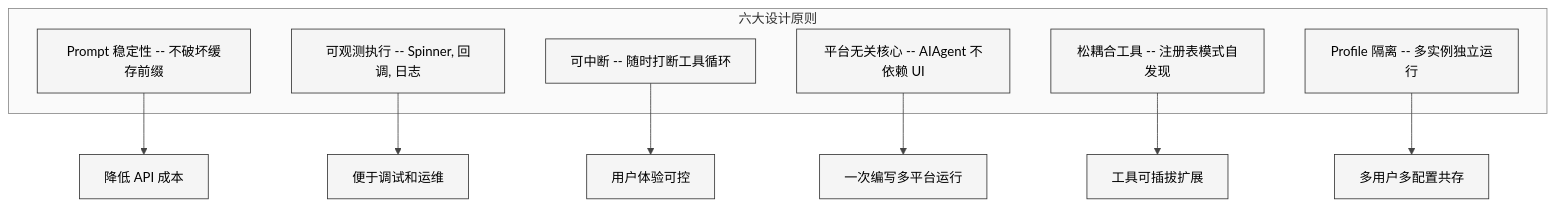
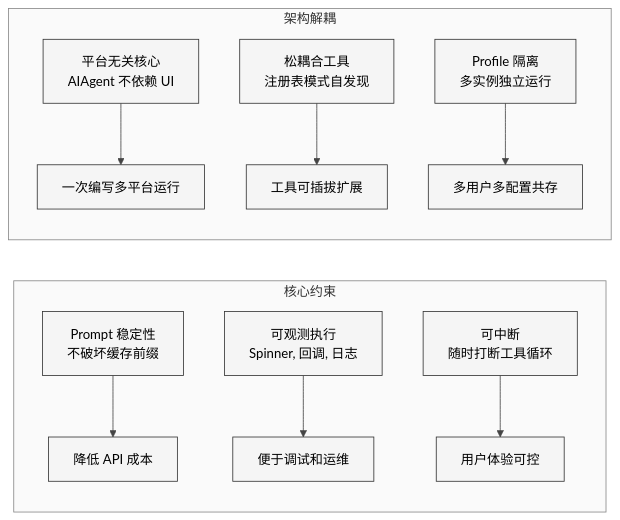
Before and after one commit to xiaonancs/hermes-agent-study: the first of 2 diagrams in Part I 原理与使用/01-项目全景与设计哲学.md, drawn with Mermaid. The commit also changed other lines of this file and 32 other files, not shown here.

First line of the commit message:
Mermaid 图表修复：白色背景板 + 长宽比优化

````diff
--- a/Part I 原理与使用/01-项目全景与设计哲学.md
+++ b/Part I 原理与使用/01-项目全景与设计哲学.md
@@ -43,18 +43,16 @@
 ```mermaid
 %%{init: {'theme': 'neutral', 'themeVariables': {'background': '#ffffff', 'primaryColor': '#f5f5f5', 'primaryTextColor': '#000000', 'primaryBorderColor': '#333333', 'lineColor': '#444444', 'textColor': '#000000', 'mainBkg': '#f5f5f5', 'nodeBorder': '#333333', 'clusterBkg': '#fafafa', 'clusterBorder': '#888888', 'edgeLabelBackground': '#ffffff'}}}%%
-graph TD
-    subgraph principles ["六大设计原则"]
-        P1["Prompt 稳定性 -- 不破坏缓存前缀"]
-        P2["可观测执行 -- Spinner, 回调, 日志"]
-        P3["可中断 -- 随时打断工具循环"]
-        P4["平台无关核心 -- AIAgent 不依赖 UI"]
-        P5["松耦合工具 -- 注册表模式自发现"]
-        P6["Profile 隔离 -- 多实例独立运行"]
+graph LR
+    subgraph g1 ["核心约束"]
+        direction TB
+        P1["Prompt 稳定性<br/>不破坏缓存前缀"] --> COST["降低 API 成本"]
+        P2["可观测执行<br/>Spinner, 回调, 日志"] --> DEBUG["便于调试和运维"]
+        P3["可中断<br/>随时打断工具循环"] --> UX["用户体验可控"]
     end
-    P1 --> COST["降低 API 成本"]
-    P2 --> DEBUG["便于调试和运维"]
-    P3 --> UX["用户体验可控"]
-    P4 --> SCALE["一次编写多平台运行"]
-    P5 --> EXTEND["工具可插拔扩展"]
-    P6 --> MULTI["多用户多配置共存"]
+    subgraph g2 ["架构解耦"]
+        direction TB
+        P4["平台无关核心<br/>AIAgent 不依赖 UI"] --> SCALE["一次编写多平台运行"]
+        P5["松耦合工具<br/>注册表模式自发现"] --> EXTEND["工具可插拔扩展"]
+        P6["Profile 隔离<br/>多实例独立运行"] --> MULTI["多用户多配置共存"]
+    end
 ```
````
